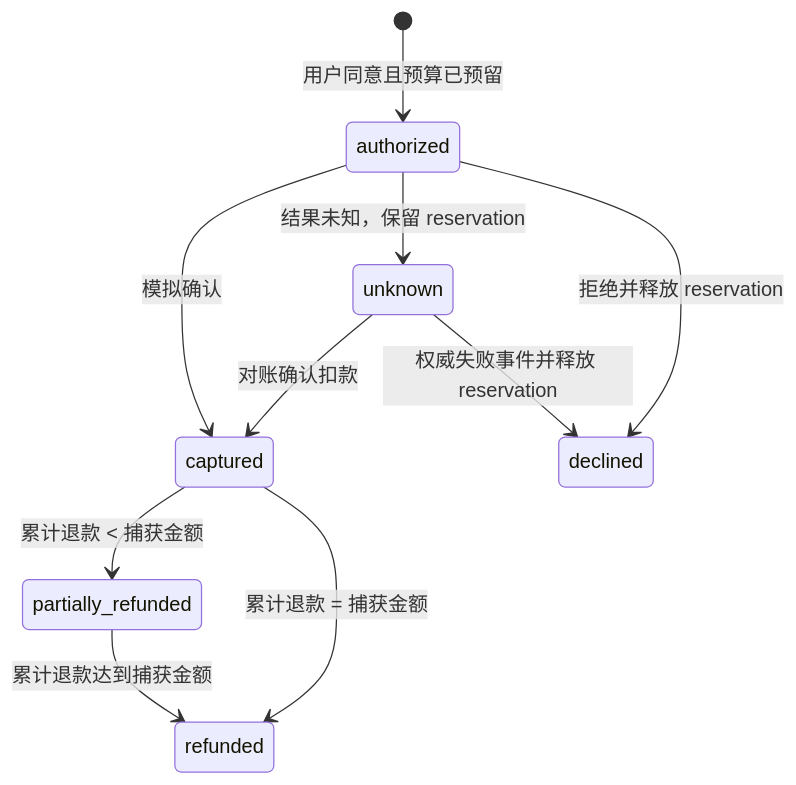
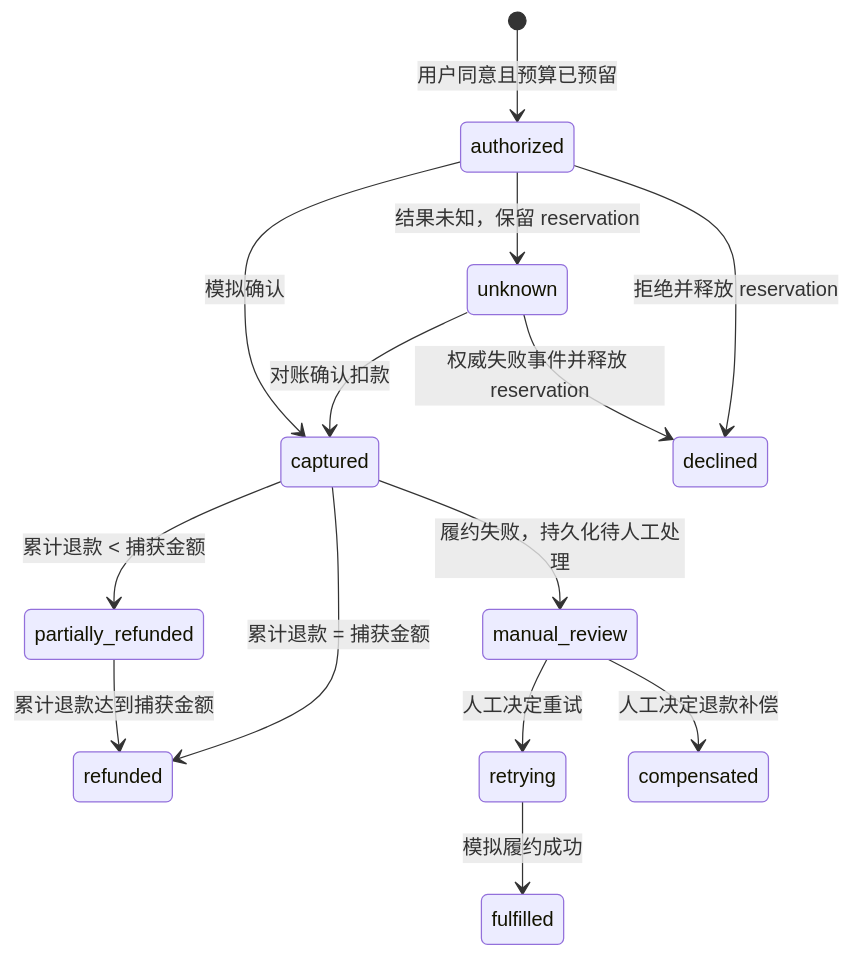
Before and after one commit to turbo998/agentic-commerce-lab: the diagram in docs/architecture.md, drawn with Mermaid. The commit also changed other lines of this file and 15 other files, not shown here.

````diff
--- a/docs/architecture.md
+++ b/docs/architecture.md
@@ -16,12 +18,16 @@
 ```mermaid
 stateDiagram-v2
   [*] --> authorized: 用户同意且预算已预留
   authorized --> captured: 模拟确认
   authorized --> unknown: 结果未知，保留 reservation
   authorized --> declined: 拒绝并释放 reservation
   unknown --> captured: 对账确认扣款
   unknown --> declined: 权威失败事件并释放 reservation
   captured --> partially_refunded: 累计退款 < 捕获金额
   captured --> refunded: 累计退款 = 捕获金额
   partially_refunded --> refunded: 累计退款达到捕获金额
+  captured --> manual_review: 履约失败，持久化待人工处理
+  manual_review --> retrying: 人工决定重试
+  retrying --> fulfilled: 模拟履约成功
+  manual_review --> compensated: 人工决定退款补偿
 ```
````
